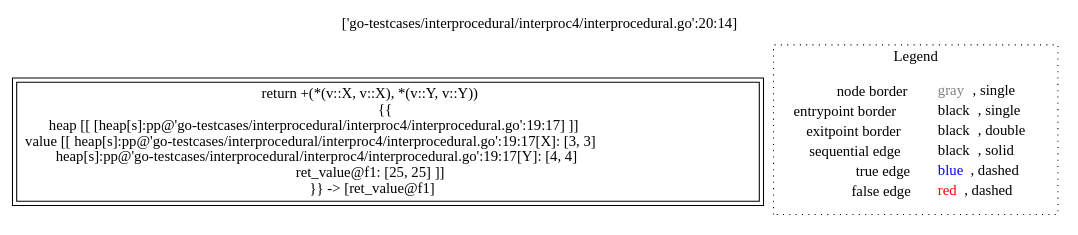
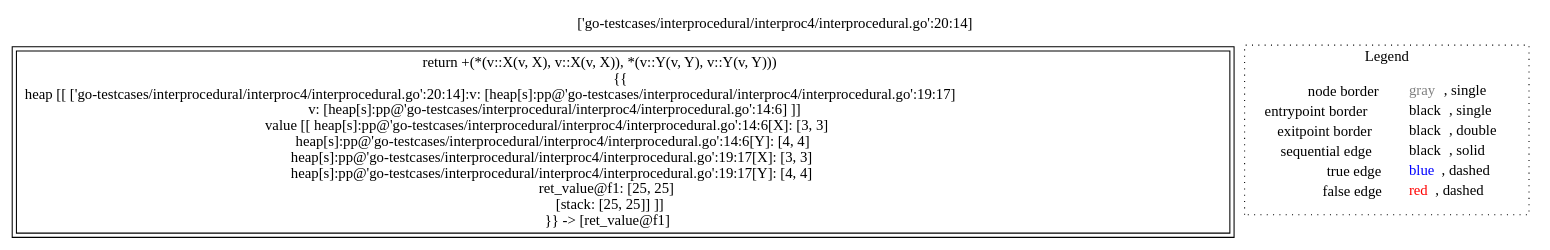
Before and after one commit to lisa-analyzer/go-lisa: the diagram in go-lisa/go-testcases/interprocedural/interproc4/analysis___-856581618_int_Vertex.f1(Vertex_v).dot, drawn with Graphviz. The commit also changed 31 other files, not shown here.

```diff
--- a/go-lisa/go-testcases/interprocedural/interproc4/analysis___-856581618_int_Vertex.f1(Vertex_v).dot
+++ b/go-lisa/go-testcases/interprocedural/interproc4/analysis___-856581618_int_Vertex.f1(Vertex_v).dot
@@ -1,12 +1,12 @@
 digraph {
 	labelloc="t";
 	label="['go-testcases/interprocedural/interproc4/interprocedural.go':20:14]";
-	"node0" [shape="rect",color="black",peripheries="2",label=<return +(*(v::X, v::X), *(v::Y, v::Y))<BR/>{{<BR/>heap [[ [heap[s]:pp@'go-testcases/interprocedural/interproc4/interprocedural.go':19:17] ]]<BR/>value [[ heap[s]:pp@'go-testcases/interprocedural/interproc4/interprocedural.go':19:17[X]: [3, 3]<BR/>heap[s]:pp@'go-testcases/interprocedural/interproc4/interprocedural.go':19:17[Y]: [4, 4]<BR/>ret_value@f1: [25, 25] ]]<BR/>}} -&gt; [ret_value@f1]>];
+	"node0" [shape="rect",color="black",peripheries="2",label=<return +(*(v::X(v, X), v::X(v, X)), *(v::Y(v, Y), v::Y(v, Y)))<BR/>{{<BR/>heap [[ ['go-testcases/interprocedural/interproc4/interprocedural.go':20:14]:v: [heap[s]:pp@'go-testcases/interprocedural/interproc4/interprocedural.go':19:17]<BR/>v: [heap[s]:pp@'go-testcases/interprocedural/interproc4/interprocedural.go':14:6] ]]<BR/>value [[ heap[s]:pp@'go-testcases/interprocedural/interproc4/interprocedural.go':14:6[X]: [3, 3]<BR/>heap[s]:pp@'go-testcases/interprocedural/interproc4/interprocedural.go':14:6[Y]: [4, 4]<BR/>heap[s]:pp@'go-testcases/interprocedural/interproc4/interprocedural.go':19:17[X]: [3, 3]<BR/>heap[s]:pp@'go-testcases/interprocedural/interproc4/interprocedural.go':19:17[Y]: [4, 4]<BR/>ret_value@f1: [25, 25]<BR/>[stack: [25, 25]] ]]<BR/>}} -&gt; [ret_value@f1]>];
 subgraph cluster_legend {
 	label="Legend";
 	style=dotted;
 	node [shape=plaintext];
 	"legend" [label=<<table border="0" cellpadding="2" cellspacing="0" cellborder="0"><tr><td align="right">node border&nbsp;</td><td align="left"><font color="gray">gray</font>, single</td></tr><tr><td align="right">entrypoint border&nbsp;</td><td align="left"><font color="black">black</font>, single</td></tr><tr><td align="right">exitpoint border&nbsp;</td><td align="left"><font color="black">black</font>, double</td></tr><tr><td align="right">sequential edge&nbsp;</td><td align="left"><font color="black">black</font>, solid</td></tr><tr><td align="right">true edge&nbsp;</td><td align="left"><font color="blue">blue</font>, dashed</td></tr><tr><td align="right">false edge&nbsp;</td><td align="left"><font color="red">red</font>, dashed</td></tr></table>>];
 }
 
 }
```
